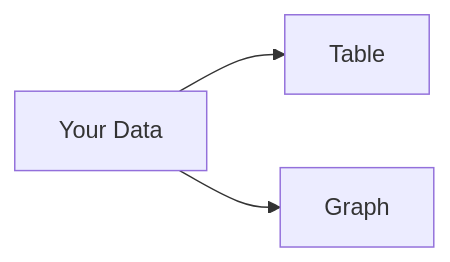
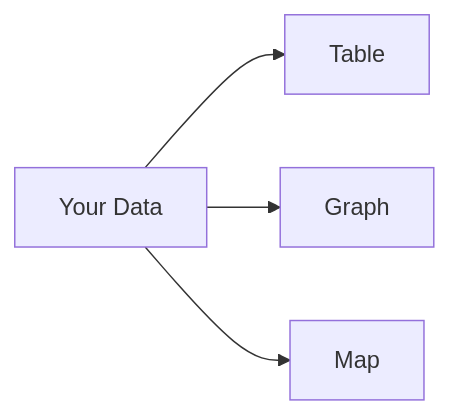
Before and after one commit to datopian/datahub-docs-tech: the diagram in docs/publishers/views.md, drawn with Mermaid. The commit also changed other lines of this file and 3 other files, not shown here.

```diff
--- a/docs/publishers/views.md
+++ b/docs/publishers/views.md
@@ -20,8 +9,6 @@
 <div class="mermaid">
 graph LR
   data[Your Data] --> table[Table]
   data --> grap[Graph]
-
-  classDef implemented fill:lightblue,stroke:#333,stroke-width:4px;
-  class abc implemented;
+  data --> geo[Map]
 </div>
```
